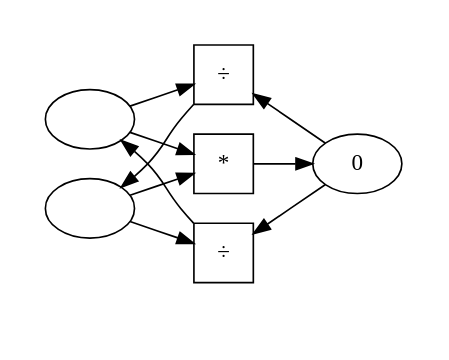
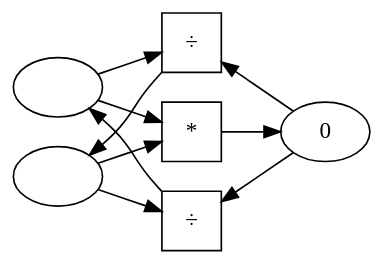
Before and after one commit to qfpl/propagators-bfpg: the diagram in diagrams/bimult1.dot, drawn with Graphviz. The commit also changed 124 other files, not shown here.

```diff
--- a/diagrams/bimult1.dot
+++ b/diagrams/bimult1.dot
@@ -1,36 +1,37 @@
 digraph "bidirectional *÷" {
+    graph [bgcolor=transparent];
     graph [rankdir=LR];
     subgraph cluster_0 {
         graph [style=invis];
         graph [style=invis];
         a [label=""];
         b [label=""];
     }
     subgraph cluster_1 {
         graph [style=invis];
         graph [style=invis];
         min1 [label=÷,shape=square];
         plus [label="*",shape=square];
         min2 [label=÷,shape=square];
     }
     subgraph cluster_2 {
         graph [style=invis];
         graph [style=invis];
         c [label=0];
     }
     a -> plus [weight=50];
     a -> min1 [weight=50];
     b -> plus [weight=50];
     b -> min2 [weight=50];
     c -> min1;
     c -> min2;
     min1 -> b [weight=50];
     min2 -> a [weight=50];
     plus -> c [weight=50];
     a -> c [style=invis
            ,weight=0
            ,minlen=2];
     b -> c [style=invis
            ,weight=0
            ,minlen=2];
 }
```
